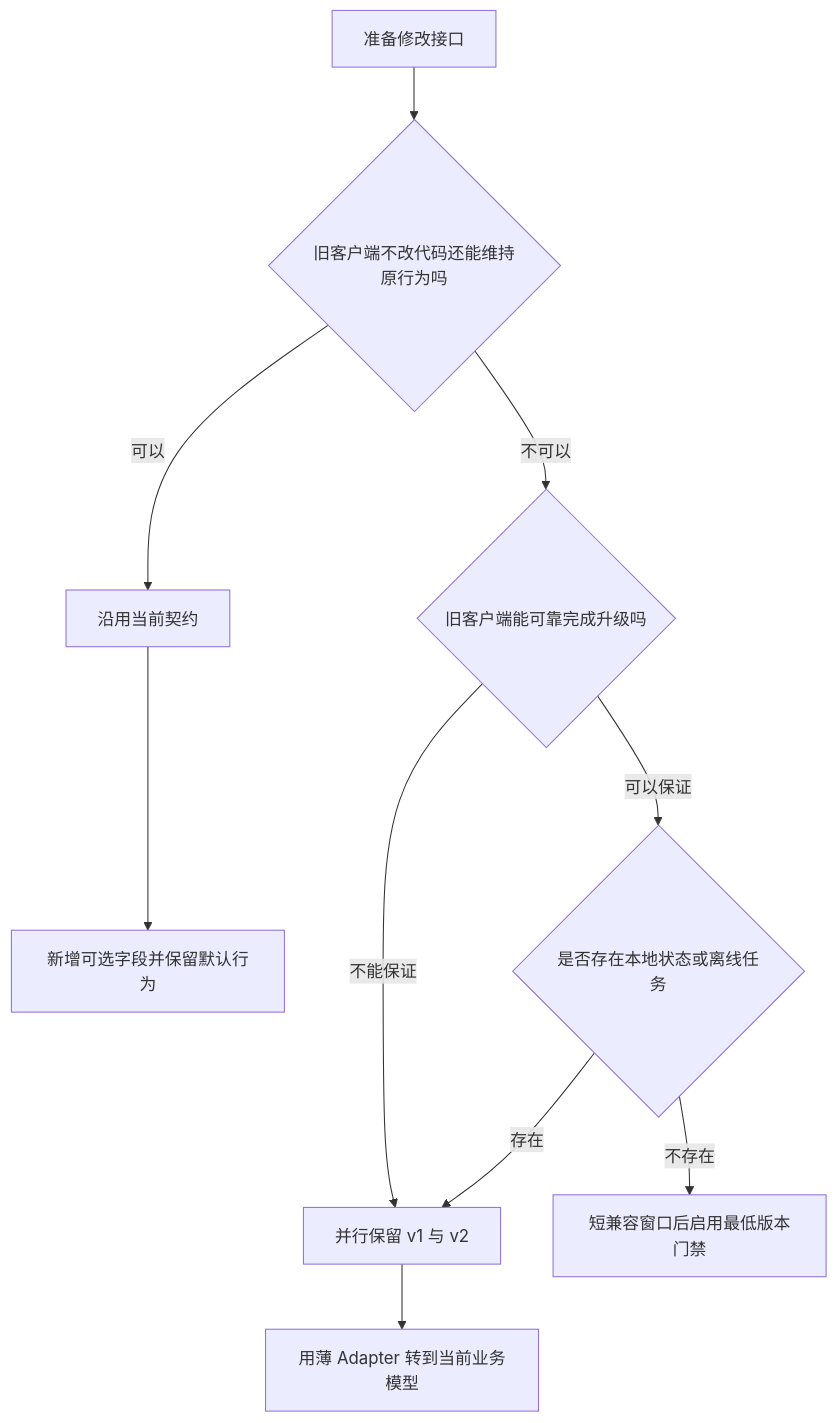
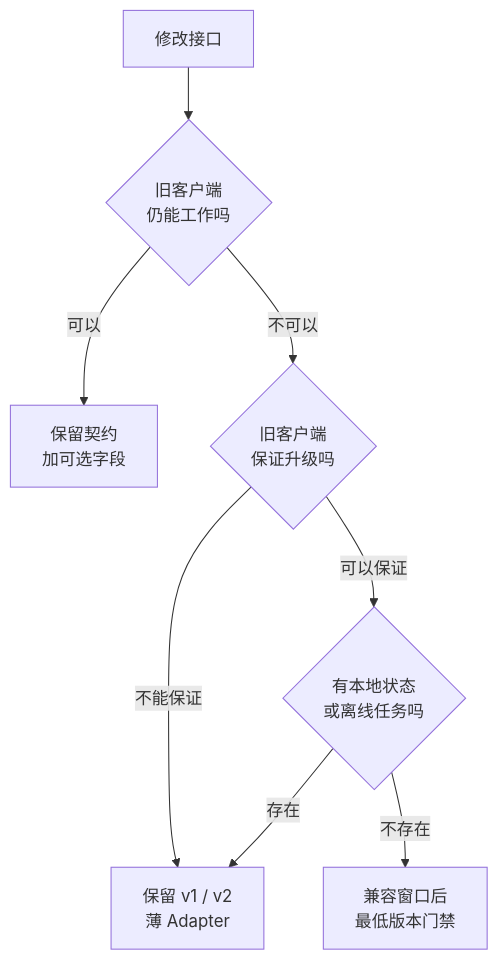
Before and after one commit to ALVIN-YANG/alvin-notes: the first of 3 diagrams in src/content/docs/architecture/smooth-client-server-device-upgrade.md, drawn with Mermaid. The commit also changed other lines of this file and 89 other files, not shown here.

````diff
--- a/src/content/docs/architecture/smooth-client-server-device-upgrade.md
+++ b/src/content/docs/architecture/smooth-client-server-device-upgrade.md
@@ -30,12 +25,10 @@
 ```mermaid
 flowchart TD
-    A[准备修改接口] --> B{旧客户端不改代码还能维持原行为吗}
-    B -->|可以| C[沿用当前契约]
-    C --> D[新增可选字段并保留默认行为]
-    B -->|不可以| E{旧客户端能可靠完成升级吗}
-    E -->|不能保证| F[并行保留 v1 与 v2]
-    F --> G[用薄 Adapter 转到当前业务模型]
-    E -->|可以保证| H{是否存在本地状态或离线任务}
+    A[修改接口] --> B{旧客户端<br/>仍能工作吗}
+    B -->|可以| C[保留契约<br/>加可选字段]
+    B -->|不可以| E{旧客户端<br/>保证升级吗}
+    E -->|不能保证| F[保留 v1 / v2<br/>薄 Adapter]
+    E -->|可以保证| H{有本地状态<br/>或离线任务吗}
     H -->|存在| F
-    H -->|不存在| I[短兼容窗口后启用最低版本门禁]
+    H -->|不存在| I[兼容窗口后<br/>最低版本门禁]
 ```
````
